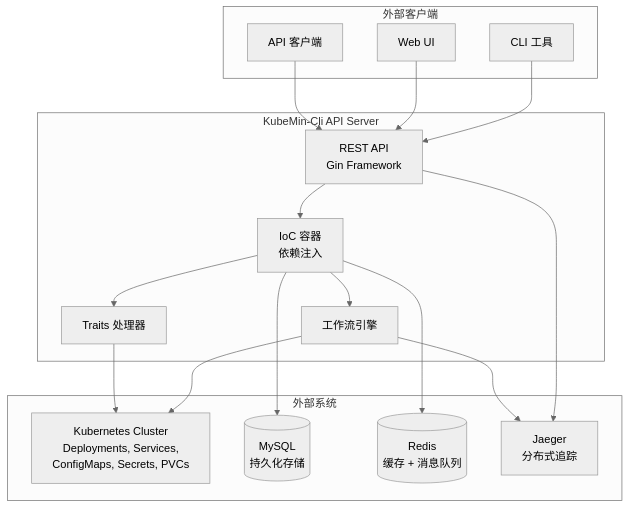
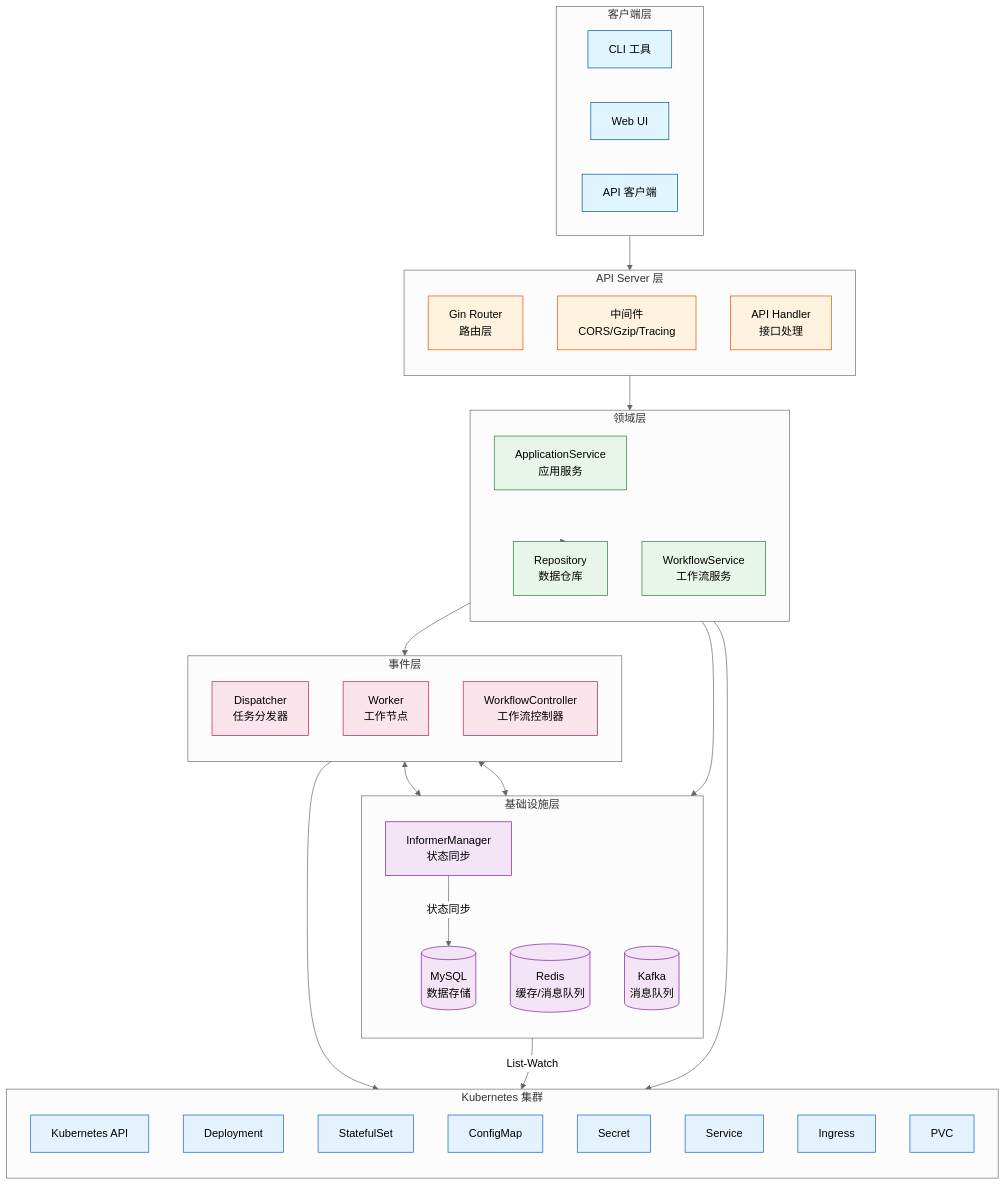
One commit to SilentEchoe/KubeMin-Cli changed the first of 18 diagrams in docs/architecture-diagrams.md. Above: the diagram before and after it, drawn with Mermaid (neutral theme). The commit also changed other lines of this file and 33 other files, not shown here.

````diff
--- a/docs/architecture-diagrams.md
+++ b/docs/architecture-diagrams.md
@@ -24,38 +23,75 @@
 ```mermaid
-graph TB
-    subgraph ExternalClients [外部客户端]
+flowchart TB
+    subgraph Client["客户端层"]
         CLI[CLI 工具]
-        WebUI[Web UI]
+        UI[Web UI]
         API_Client[API 客户端]
     end
 
-    subgraph KubeMinCli [KubeMin-Cli API Server]
-        RestAPI[REST API<br/>Gin Framework]
-        WorkflowEngine[工作流引擎]
-        TraitsProcessor[Traits 处理器]
-        IoC[IoC 容器<br/>依赖注入]
+    subgraph APIServer["API Server 层"]
+        direction TB
+        Router[Gin Router<br/>路由层]
+        Middleware[中间件<br/>CORS/Gzip/Tracing]
+        Handler[API Handler<br/>接口处理]
     end
 
-    subgraph ExternalSystems [外部系统]
-        K8s[Kubernetes Cluster<br/>Deployments, Services,<br/>ConfigMaps, Secrets, PVCs]
-        MySQL[(MySQL<br/>持久化存储)]
-        Redis[(Redis<br/>缓存 + 消息队列)]
-        Jaeger[Jaeger<br/>分布式追踪]
+    subgraph Domain["领域层"]
+        direction TB
+        AppService[ApplicationService<br/>应用服务]
+        WFService[WorkflowService<br/>工作流服务]
+        Repository[Repository<br/>数据仓库]
     end
 
-    CLI --> RestAPI
-    WebUI --> RestAPI
-    API_Client --> RestAPI
+    subgraph Event["事件层"]
+        direction TB
+        Dispatcher[Dispatcher<br/>任务分发器]
+        Worker[Worker<br/>工作节点]
+        Controller[WorkflowController<br/>工作流控制器]
+    end
 
-    RestAPI --> IoC
-    IoC --> WorkflowEngine
-    IoC --> TraitsProcessor
+    subgraph Infra["基础设施层"]
+        direction TB
+        MySQL[(MySQL<br/>数据存储)]
+        Redis[(Redis<br/>缓存/消息队列)]
+        Kafka[(Kafka<br/>消息队列)]
+        Informer[InformerManager<br/>状态同步]
+    end
 
-    WorkflowEngine --> K8s
-    TraitsProcessor --> K8s
+    subgraph K8s["Kubernetes 集群"]
+        direction TB
+        K8sAPI[Kubernetes API]
+        Deployment[Deployment]
+        StatefulSet[StatefulSet]
+        ConfigMap[ConfigMap]
+        Secret[Secret]
+        Service[Service]
+        Ingress[Ingress]
+        PVC[PVC]
+    end
 
-    IoC --> MySQL
-    IoC --> Redis
-    RestAPI --> Jaeger
-    WorkflowEngine --> Jaeger
+    Client --> APIServer
+    APIServer --> Domain
+    Domain --> Repository
+    Repository --> MySQL
+    Domain --> Event
+    Event <--> Redis
+    Event <--> Kafka
+    Informer -->|List-Watch| K8sAPI
+    Informer -->|状态同步| MySQL
+    Event --> K8s
+    Domain --> K8s
+
+    classDef client fill:#e1f5fe,stroke:#01579b
+    classDef api fill:#fff3e0,stroke:#e65100
+    classDef domain fill:#e8f5e9,stroke:#2e7d32
+    classDef event fill:#fce4ec,stroke:#c2185b
+    classDef infra fill:#f3e5f5,stroke:#7b1fa2
+    classDef k8s fill:#e3f2fd,stroke:#1565c0
+
+    class CLI,UI,API_Client client
+    class Router,Middleware,Handler api
+    class AppService,WFService,Repository domain
+    class Dispatcher,Worker,Controller event
+    class MySQL,Redis,Kafka,Informer infra
+    class K8sAPI,Deployment,StatefulSet,ConfigMap,Secret,Service,Ingress,PVC k8s
 ```
````
